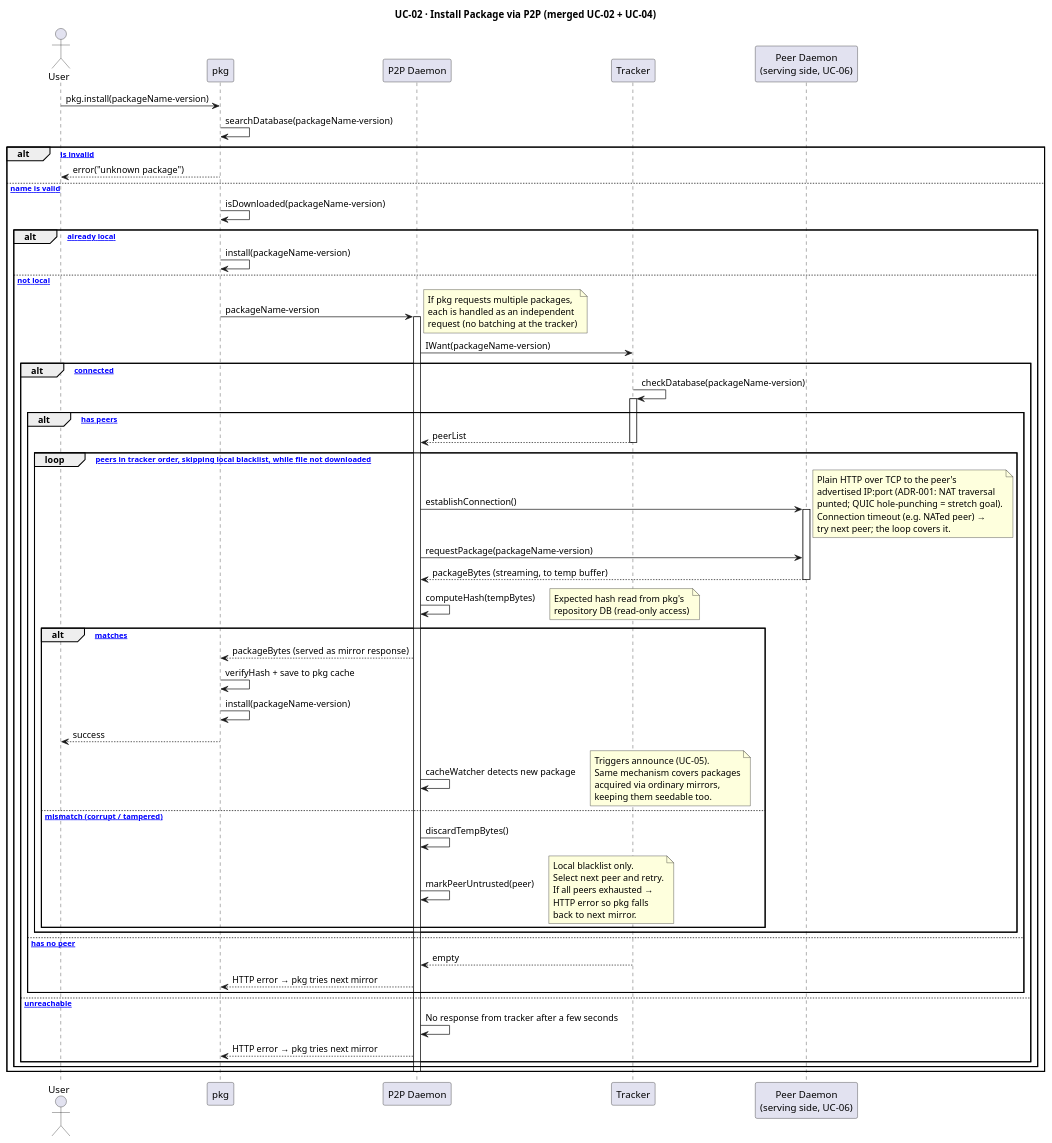
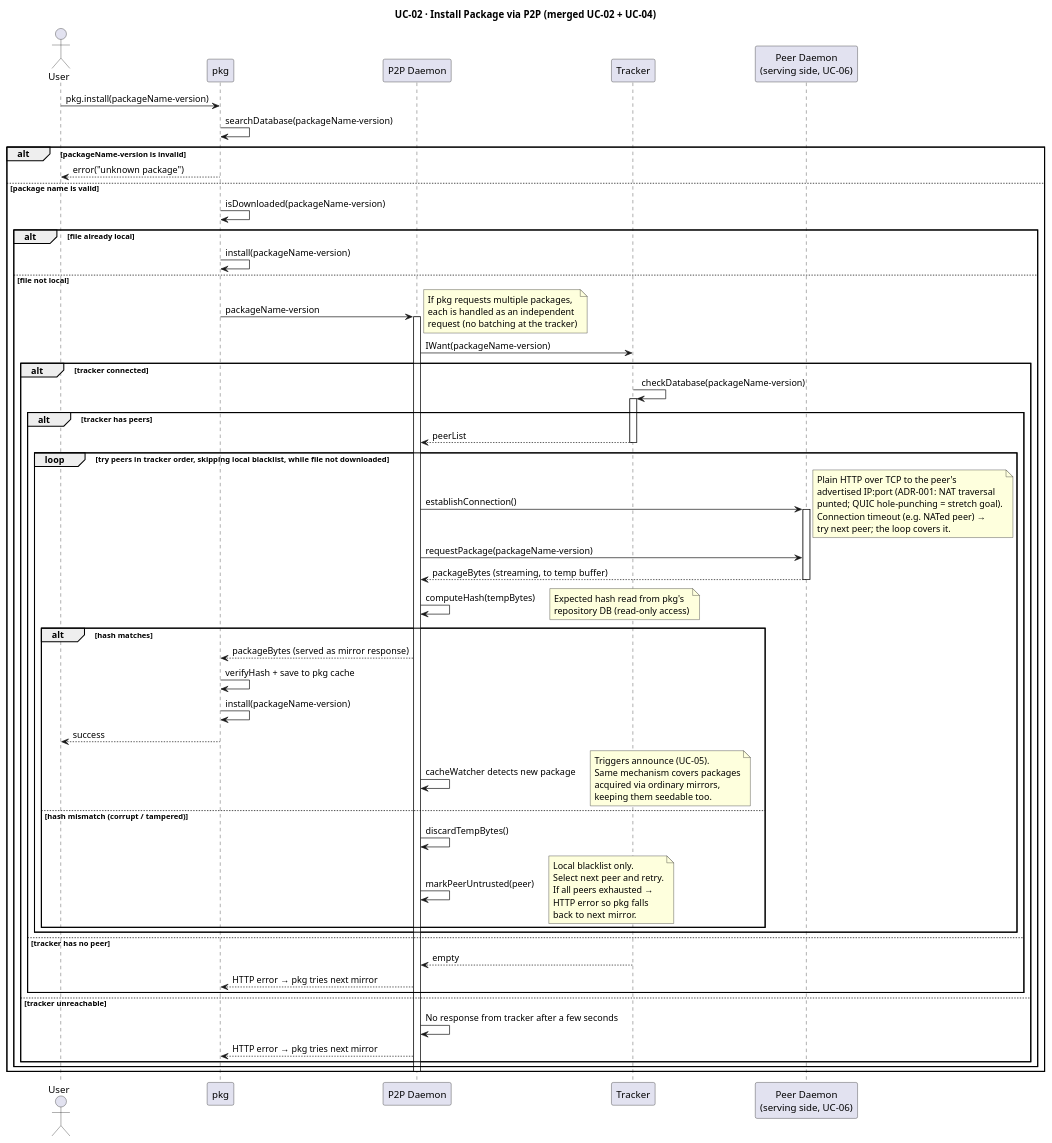
One commit to ndrew222/p2p-pkg-daemon changed the diagram in docs/uc-02.puml. Above: the diagram before and after it, drawn with PlantUML. The commit also changed 5 other files, not shown here.

```diff
--- a/docs/uc-02.puml
+++ b/docs/uc-02.puml
@@ -1,76 +1,76 @@
 @startuml
 title UC-02 · Install Package via P2P (merged UC-02 + UC-04)
 
 actor User
 participant pkg
 participant "P2P Daemon" as Daemon
 participant "Tracker" as Tracker
 participant "Peer Daemon\n(serving side, UC-06)" as Peer
 
 User -> pkg: pkg.install(packageName-version)
 
 pkg -> pkg: searchDatabase(packageName-version)
 
-alt [packageName-version is invalid]
+alt packageName-version is invalid
     pkg --> User : error("unknown package")
 
-else [package name is valid]
+else package name is valid
     pkg -> pkg: isDownloaded(packageName-version)
 
-    alt [file already local]
+    alt file already local
         pkg -> pkg: install(packageName-version)
 
-    else [file not local]
+    else file not local
         pkg -> Daemon: packageName-version
         note right : If pkg requests multiple packages,\neach is handled as an independent\nrequest (no batching at the tracker)
 
         activate Daemon
         Daemon -> Tracker: IWant(packageName-version)
 
-        alt [tracker connected]
+        alt tracker connected
             Tracker -> Tracker: checkDatabase(packageName-version)
             activate Tracker
-            alt [tracker has peers]
+            alt tracker has peers
                 Tracker --> Daemon: peerList
                 deactivate Tracker
 
-                loop [try peers in tracker order, skipping local blacklist, while file not downloaded]
+                loop try peers in tracker order, skipping local blacklist, while file not downloaded
                 Daemon -> Peer : establishConnection()
                 note right : Plain HTTP over TCP to the peer's\nadvertised IP:port (ADR-001: NAT traversal\npunted; QUIC hole-punching = stretch goal).\nConnection timeout (e.g. NATed peer) →\ntry next peer; the loop covers it.
                 activate Peer
                 Daemon -> Peer : requestPackage(packageName-version)
                 Peer --> Daemon : packageBytes (streaming, to temp buffer)
                 deactivate Peer
 
                 Daemon -> Daemon : computeHash(tempBytes)
                 note right : Expected hash read from pkg's\nrepository DB (read-only access)
 
-                alt [hash matches]
+                alt hash matches
                 Daemon --> pkg : packageBytes (served as mirror response)
                 pkg -> pkg : verifyHash + save to pkg cache
                 pkg -> pkg : install(packageName-version)
                 pkg --> User : success
 
                 Daemon -> Daemon : cacheWatcher detects new package
                 note right : Triggers announce (UC-05).\nSame mechanism covers packages\nacquired via ordinary mirrors,\nkeeping them seedable too.
 
-                else [hash mismatch (corrupt / tampered)]
+                else hash mismatch (corrupt / tampered)
                 Daemon -> Daemon : discardTempBytes()
                 Daemon -> Daemon : markPeerUntrusted(peer)
                 note right : Local blacklist only.\nSelect next peer and retry.\nIf all peers exhausted →\nHTTP error so pkg falls\nback to next mirror.
                 end
                 end
 
-            else [tracker has no peer]
+            else tracker has no peer
                 Tracker --> Daemon: empty
                 deactivate Tracker
                 Daemon --> pkg : HTTP error → pkg tries next mirror
             end
-        else [tracker unreachable]
+        else tracker unreachable
             Daemon -> Daemon : No response from tracker after a few seconds
             Daemon --> pkg : HTTP error → pkg tries next mirror
         end
     end
 deactivate Daemon
 end
 @enduml
```
